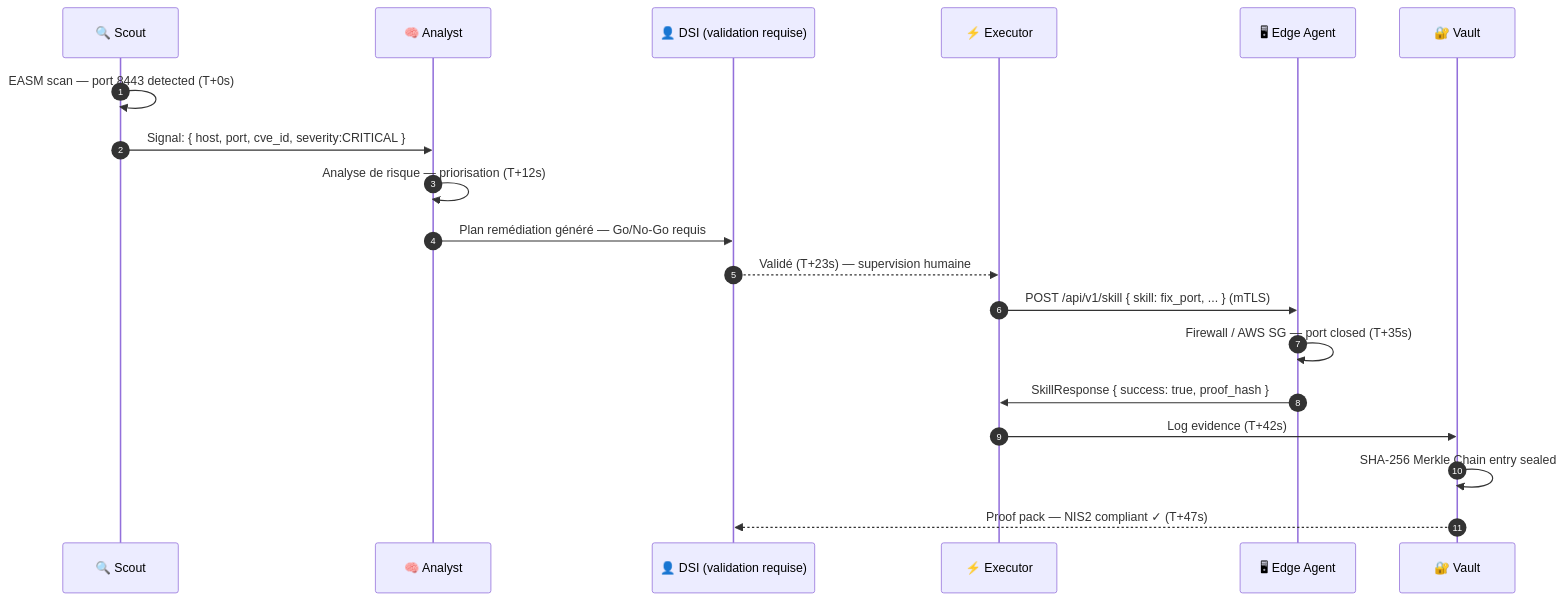
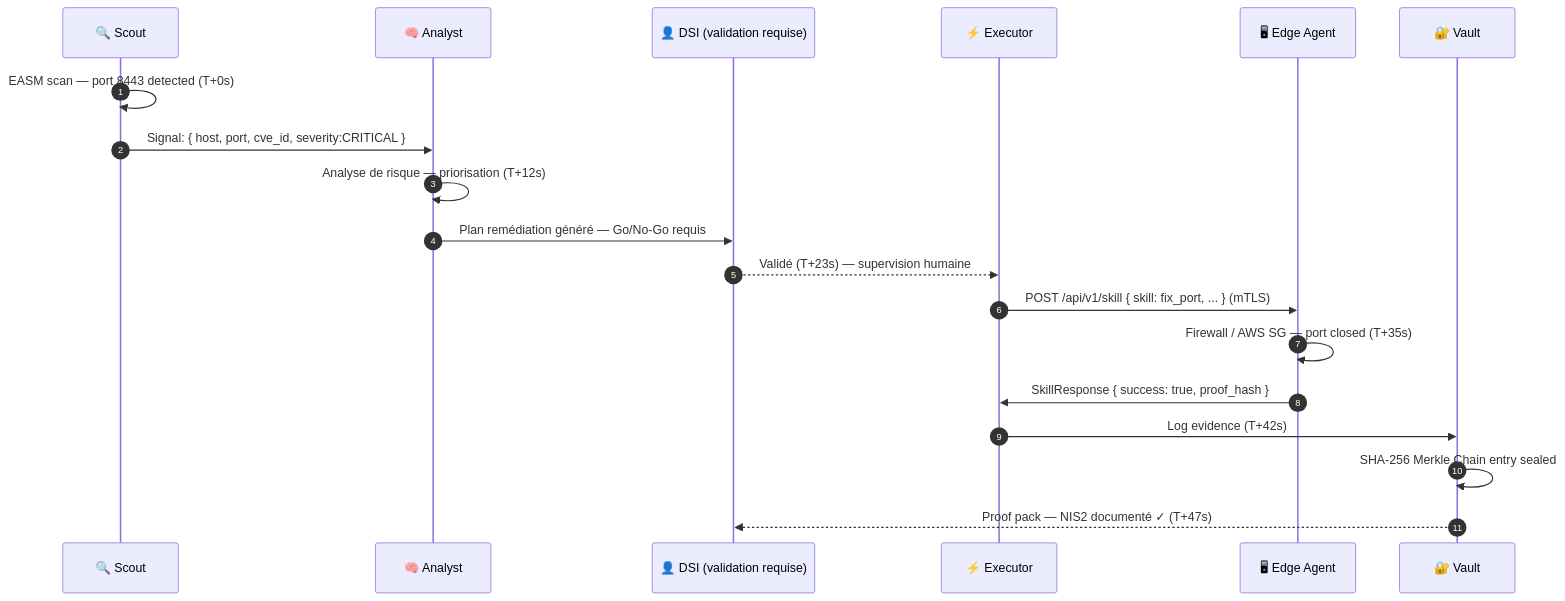
One commit to lemoalvivien-cmyk/edge-proof-keeper changed the second of 3 diagrams in README.md. Above: the diagram before and after it, drawn with Mermaid. The commit also changed 6 other files, not shown here.

````diff
--- a/README.md
+++ b/README.md
@@ -93,22 +93,22 @@
 ```mermaid
 sequenceDiagram
     autonumber
     participant SC as 🔍 Scout
     participant AN as 🧠 Analyst
     participant DS as 👤 DSI (validation requise)
     participant EX as ⚡ Executor
     participant EA as 🖥 Edge Agent
     participant VL as 🔐 Vault
 
     SC->>SC: EASM scan — port 8443 detected (T+0s)
     SC->>AN: Signal: { host, port, cve_id, severity:CRITICAL }
     AN->>AN: Analyse de risque — priorisation (T+12s)
     AN->>DS: Plan remédiation généré — Go/No-Go requis
     DS-->>EX: Validé (T+23s) — supervision humaine
     EX->>EA: POST /api/v1/skill { skill: fix_port, ... } (mTLS)
     EA->>EA: Firewall / AWS SG — port closed (T+35s)
     EA->>EX: SkillResponse { success: true, proof_hash }
     EX->>VL: Log evidence (T+42s)
     VL->>VL: SHA-256 Merkle Chain entry sealed
-    VL-->>DS: Proof pack — NIS2 compliant ✓ (T+47s)
+    VL-->>DS: Proof pack — NIS2 documenté ✓ (T+47s)
 ```
````
